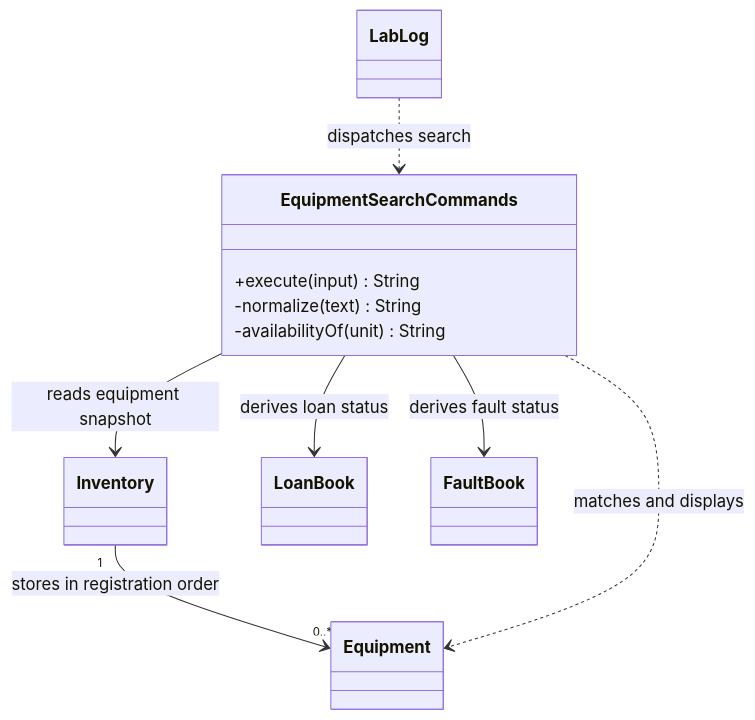
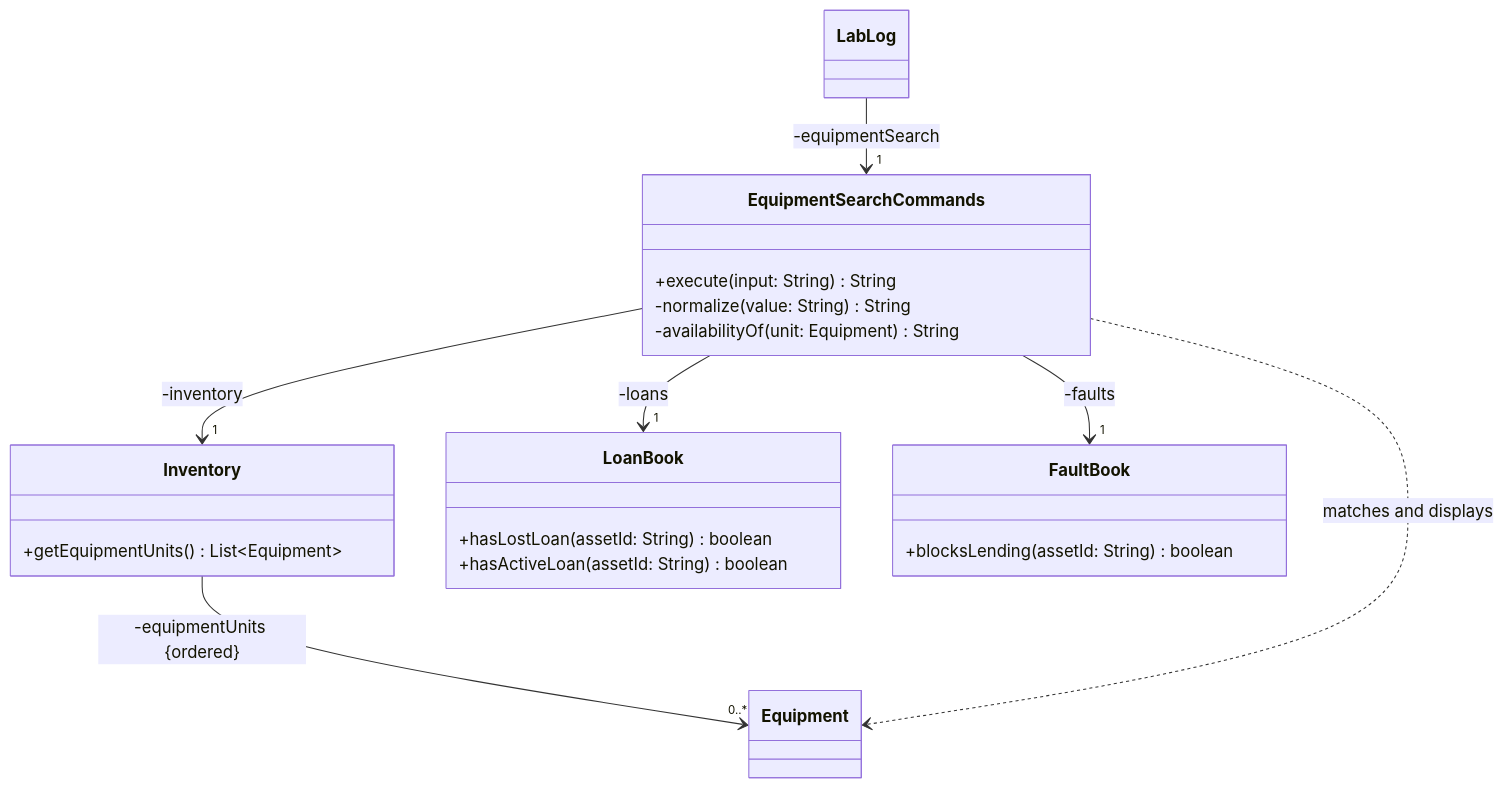
The fifth of 12 diagrams in docs/DeveloperGuide.md (AY2627S1-CS2113-W13-3/tp), drawn with Mermaid before and after one commit. The commit also changed other lines of this file and 6 other files, not shown here.

First line of the commit message:
docs: Fix UML diagrams and add DG overview

````diff
--- a/docs/DeveloperGuide.md
+++ b/docs/DeveloperGuide.md
@@ -330,14 +461,24 @@
 ```mermaid
 classDiagram
-    LabLog ..> EquipmentSearchCommands : dispatches search
-    EquipmentSearchCommands --> Inventory : reads equipment snapshot
-    EquipmentSearchCommands --> LoanBook : derives loan status
-    EquipmentSearchCommands --> FaultBook : derives fault status
-    Inventory "1" --> "0..*" Equipment : stores in registration order
+    LabLog --> "1" EquipmentSearchCommands : -equipmentSearch
+    EquipmentSearchCommands --> "1" Inventory : -inventory
+    EquipmentSearchCommands --> "1" LoanBook : -loans
+    EquipmentSearchCommands --> "1" FaultBook : -faults
+    Inventory --> "0..*" Equipment : -equipmentUnits {ordered}
     EquipmentSearchCommands ..> Equipment : matches and displays
     class EquipmentSearchCommands {
-        +execute(input) String
-        -normalize(text) String
-        -availabilityOf(unit) String
+        +execute(input: String) String
+        -normalize(value: String) String
+        -availabilityOf(unit: Equipment) String
+    }
+    class Inventory {
+        +getEquipmentUnits() List~Equipment~
+    }
+    class LoanBook {
+        +hasLostLoan(assetId: String) boolean
+        +hasActiveLoan(assetId: String) boolean
+    }
+    class FaultBook {
+        +blocksLending(assetId: String) boolean
     }
 ```
````
